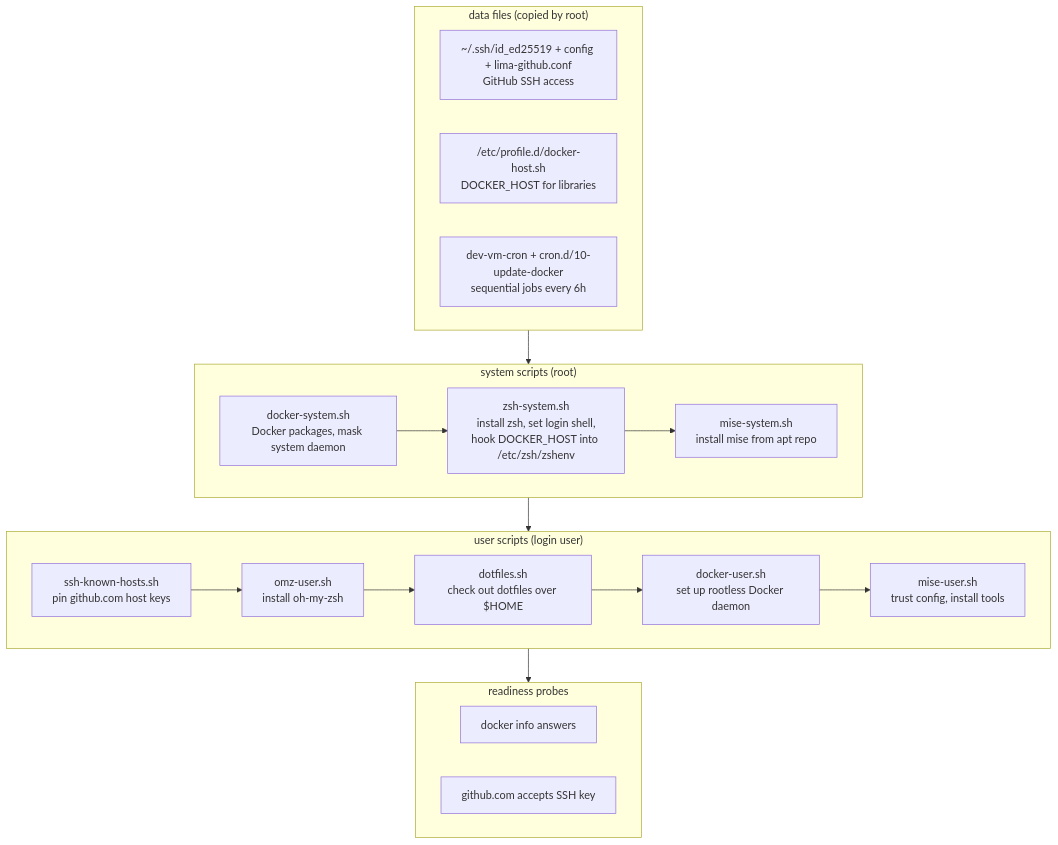
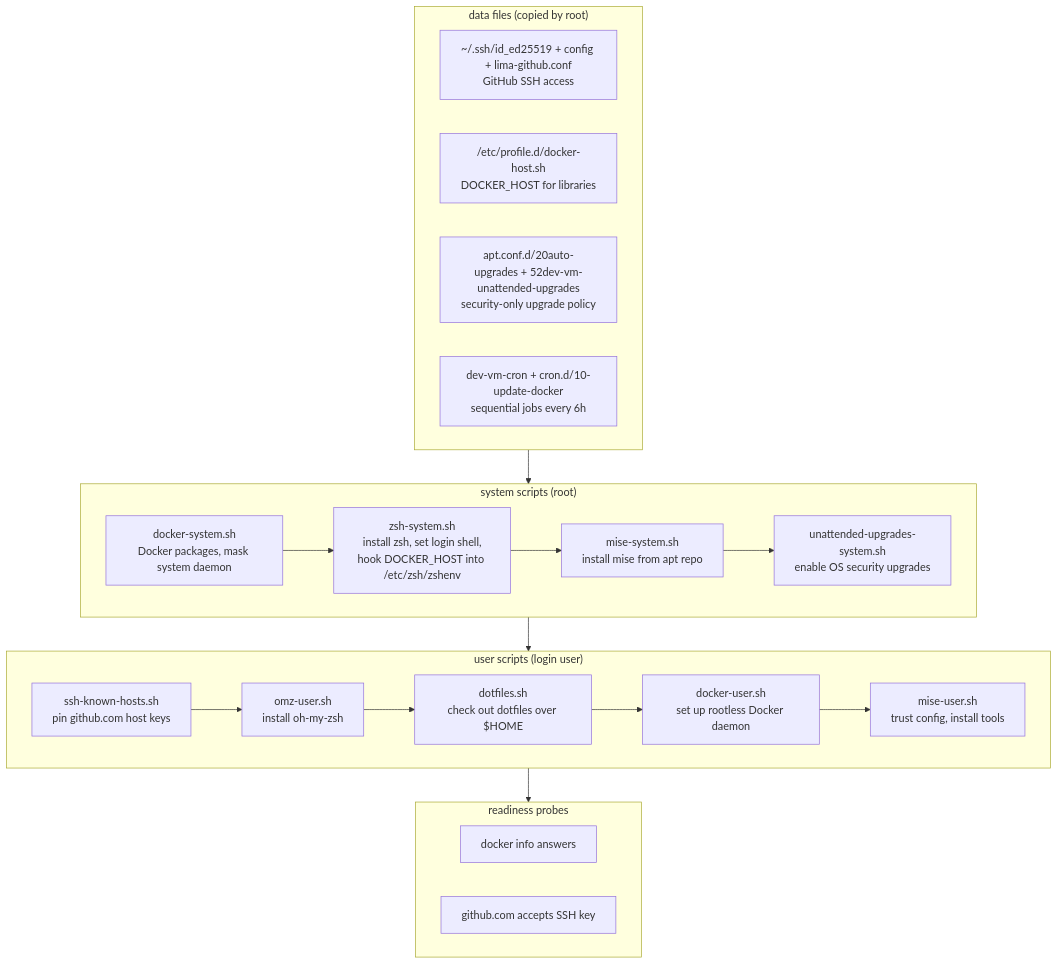
Before and after one commit to robsonpeixoto/dev-vm: the diagram in README.md, drawn with Mermaid. The commit also changed other lines of this file and 5 other files, not shown here.

First line of the commit message:
feat: enable unattended security upgrades for the whole OS (#17)

````diff
--- a/README.md
+++ b/README.md
@@ -265,33 +296,35 @@
 ```mermaid
 flowchart TD
     subgraph data["data files (copied by root)"]
         d1["~/.ssh/id_ed25519 + config + lima-github.conf<br>GitHub SSH access"]
         d2["/etc/profile.d/docker-host.sh<br>DOCKER_HOST for libraries"]
-        d3["dev-vm-cron + cron.d/10-update-docker<br>sequential jobs every 6h"]
+        d3["apt.conf.d/20auto-upgrades + 52dev-vm-unattended-upgrades<br>security-only upgrade policy"]
+        d4["dev-vm-cron + cron.d/10-update-docker<br>sequential jobs every 6h"]
     end
 
     subgraph system["system scripts (root)"]
         s1["docker-system.sh<br>Docker packages, mask system daemon"]
         s2["zsh-system.sh<br>install zsh, set login shell,<br>hook DOCKER_HOST into /etc/zsh/zshenv"]
         s3["mise-system.sh<br>install mise from apt repo"]
+        s4["unattended-upgrades-system.sh<br>enable OS security upgrades"]
     end
 
     subgraph user["user scripts (login user)"]
         u1["ssh-known-hosts.sh<br>pin github.com host keys"]
         u2["omz-user.sh<br>install oh-my-zsh"]
         u3["dotfiles.sh<br>check out dotfiles over $HOME"]
         u4["docker-user.sh<br>set up rootless Docker daemon"]
         u5["mise-user.sh<br>trust config, install tools"]
     end
 
     subgraph probes["readiness probes"]
         p1["docker info answers"]
         p2["github.com accepts SSH key"]
     end
 
     data --> system
-    s1 --> s2 --> s3
+    s1 --> s2 --> s3 --> s4
     system --> user
     u1 --> u2 --> u3 --> u4 --> u5
     user --> probes
 ```
````
